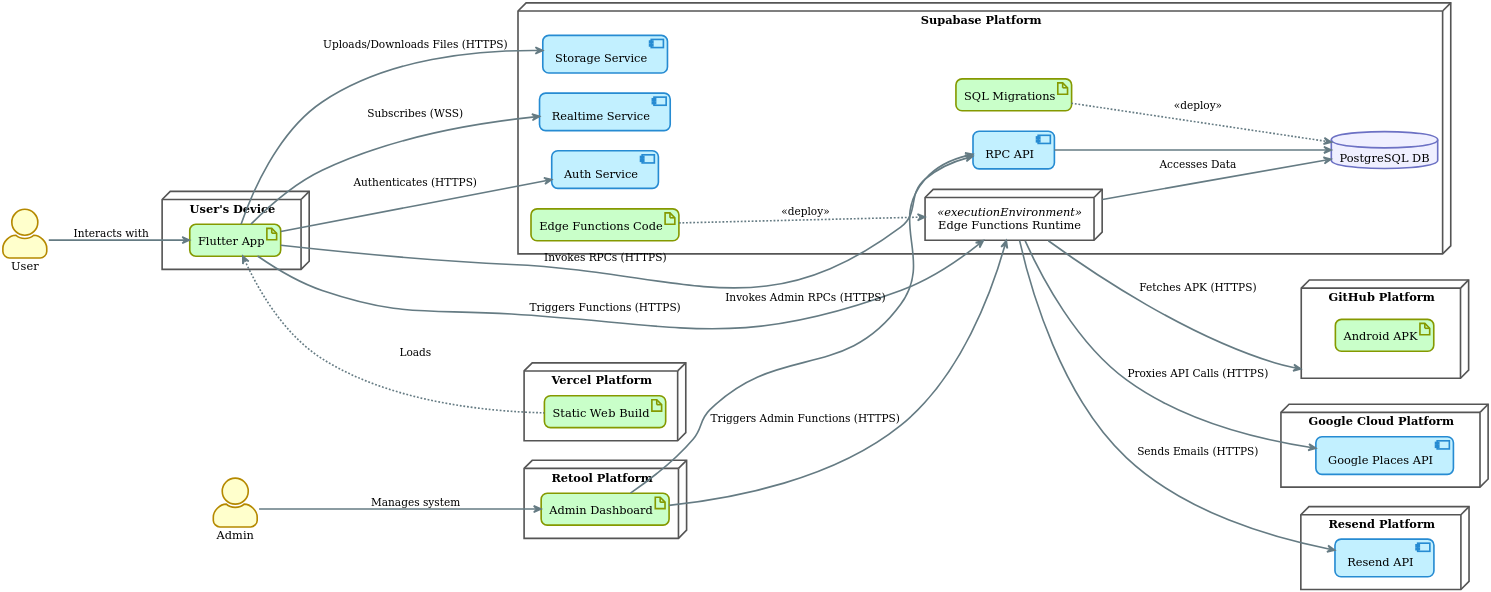
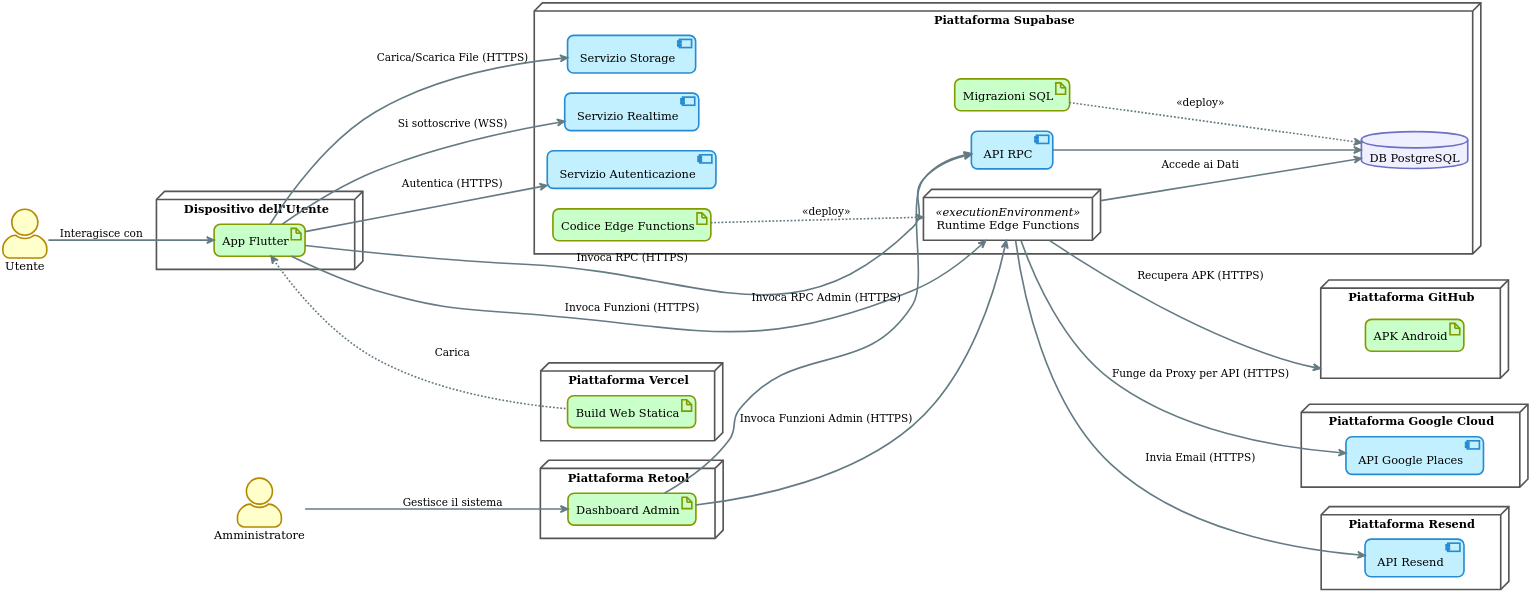
The diagram in thesis/diagrams/src/deployment-diagram.puml (TMoretta/Swift-Contest), drawn with PlantUML before and after one commit. The commit also changed 61 other files, not shown here.

```diff
--- a/thesis/diagrams/src/deployment-diagram.puml
+++ b/thesis/diagrams/src/deployment-diagram.puml
@@ -1,106 +1,104 @@
 @startuml
 
 !theme sunlust
 skinparam dpi 300
 left to right direction
 skinparam backgroundColor transparent
 skinparam actorStyle awesome
 skinparam shadowing false
 skinparam nodesep 25
+skinparam ranksep 25
 
 ' --- Palette di Colori ---
 skinparam node {
     backgroundColor #FFFFFF
     borderColor #555555
 }
 
 ' =======================================
 ' Definizione dei Nodi e degli Artefatti
 ' =======================================
 
 ' --- Attori ---
-actor User
-actor Admin
+actor Utente
+actor Amministratore
 
 ' --- Nodo Client ---
-node "User's Device" as UserDevice {
-    artifact "Flutter App" as App
+node "Dispositivo dell'Utente" as UserDevice {
+    artifact "App Flutter" as App
 }
 
 ' --- Piattaforme Cloud ---
-node "Supabase Platform" as SupabaseNode {
-    database "PostgreSQL DB" as DB
+node "Piattaforma Supabase" as SupabaseNode {
+    database "DB PostgreSQL" as DB
 
-    ' MODIFICA: Definiti come componenti
-    component [RPC API] as RPC
-    component [Storage Service] as Store
-    component [Realtime Service] as RT
-    component [Auth Service] as Auth
+    component [API RPC] as RPC
+    component [Servizio Storage] as Store
+    component [Servizio Realtime] as RT
+    component [Servizio Autenticazione] as Auth
 
-    ' MODIFICA: Definito come Execution Environment
-    node "Edge Functions Runtime" as EdgeRuntime <<executionEnvironment>>
+    node "Runtime Edge Functions" as EdgeRuntime <<executionEnvironment>>
 
-    ' MODIFICA: Definiti come artefatti
-    artifact "SQL Migrations" as SQLScripts
-    artifact "Edge Functions Code" as EFCode
+    artifact "Migrazioni SQL" as SQLScripts
+    artifact "Codice Edge Functions" as EFCode
 }
 
-node "Vercel Platform" as VercelNode {
-    artifact "Static Web Build" as WebApp
+node "Piattaforma Vercel" as VercelNode {
+    artifact "Build Web Statica" as WebApp
 }
 
-node "GitHub Platform" as GitHubNode {
-    artifact "Android APK" as APK
+node "Piattaforma GitHub" as GitHubNode {
+    artifact "APK Android" as APK
 }
 
-node "Retool Platform" as RetoolNode {
-    artifact "Admin Dashboard" as RetoolApp
+node "Piattaforma Retool" as RetoolNode {
+    artifact "Dashboard Admin" as RetoolApp
 }
 
 ' --- Servizi Esterni ---
-node "Google Cloud Platform" as GoogleNode {
-    component [Google Places API] as GooglePlaces
+node "Piattaforma Google Cloud" as GoogleNode {
+    component [API Google Places] as GooglePlaces
 }
 
-node "Resend Platform" as ResendNode {
-    component [Resend API] as Resend
+node "Piattaforma Resend" as ResendNode {
+    component [API Resend] as Resend
 }
 
 
 ' =======================================
 ' Definizione delle Relazioni
 ' =======================================
 
 ' --- Flussi di Comunicazione ---
-User --> App : Interacts with
-Admin --> RetoolApp : Manages system
+Utente --> App : Interagisce con
+Amministratore --> RetoolApp : Gestisce il sistema
 
 ' Il client carica l'app da Vercel
-App <.. WebApp : Loads
+App <.. WebApp : Carica
 
 ' Comunicazioni dell'App Flutter
-App --> Auth : Authenticates (HTTPS)
-App --> RPC : Invokes RPCs (HTTPS)
-App --> Store : Uploads/Downloads Files (HTTPS)
-App --> EdgeRuntime : Triggers Functions (HTTPS)
-App --> RT : Subscribes (WSS)
+App --> Auth : Autentica (HTTPS)
+App --> RPC : Invoca RPC (HTTPS)
+App --> Store : Carica/Scarica File (HTTPS)
+App --> EdgeRuntime : Invoca Funzioni (HTTPS)
+App --> RT : Si sottoscrive (WSS)
 
 ' Comunicazioni interne a Supabase
 RPC --> DB
-EdgeRuntime --> DB : Accesses Data
+EdgeRuntime --> DB : Accede ai Dati
 
 ' Comunicazioni delle Edge Functions verso l'esterno
-EdgeRuntime --> Resend : Sends Emails (HTTPS)
-EdgeRuntime --> GooglePlaces : Proxies API Calls (HTTPS)
-EdgeRuntime --> GitHubNode : Fetches APK (HTTPS)
+EdgeRuntime --> Resend : Invia Email (HTTPS)
+EdgeRuntime --> GooglePlaces : Funge da Proxy per API (HTTPS)
+EdgeRuntime --> GitHubNode : Recupera APK (HTTPS)
 
 ' Comunicazioni della Dashboard Admin
-RetoolApp --> RPC : Invokes Admin RPCs (HTTPS)
-RetoolApp --> EdgeRuntime : Triggers Admin Functions (HTTPS)
+RetoolApp --> RPC : Invoca RPC Admin (HTTPS)
+RetoolApp --> EdgeRuntime : Invoca Funzioni Admin (HTTPS)
 
 ' --- NUOVA SEZIONE: Relazioni di Deployment ---
 ' Mostra quali artefatti sono distribuiti su quali componenti
 SQLScripts ..> DB : <<deploy>>
 EFCode ..> EdgeRuntime : <<deploy>>
 
 @enduml
```
